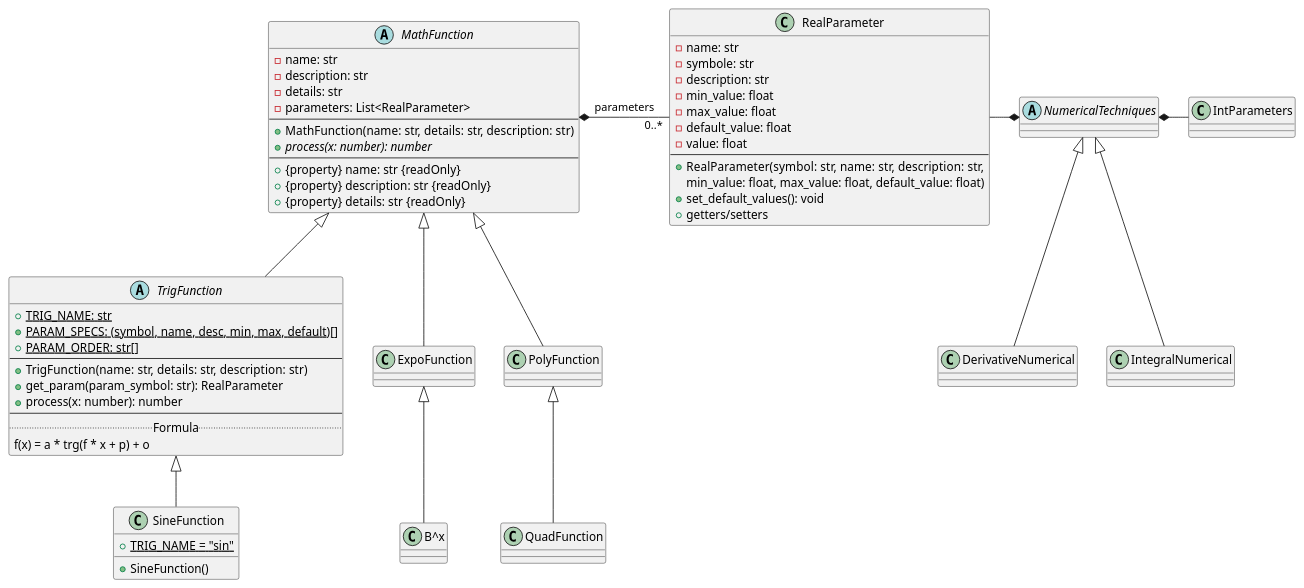
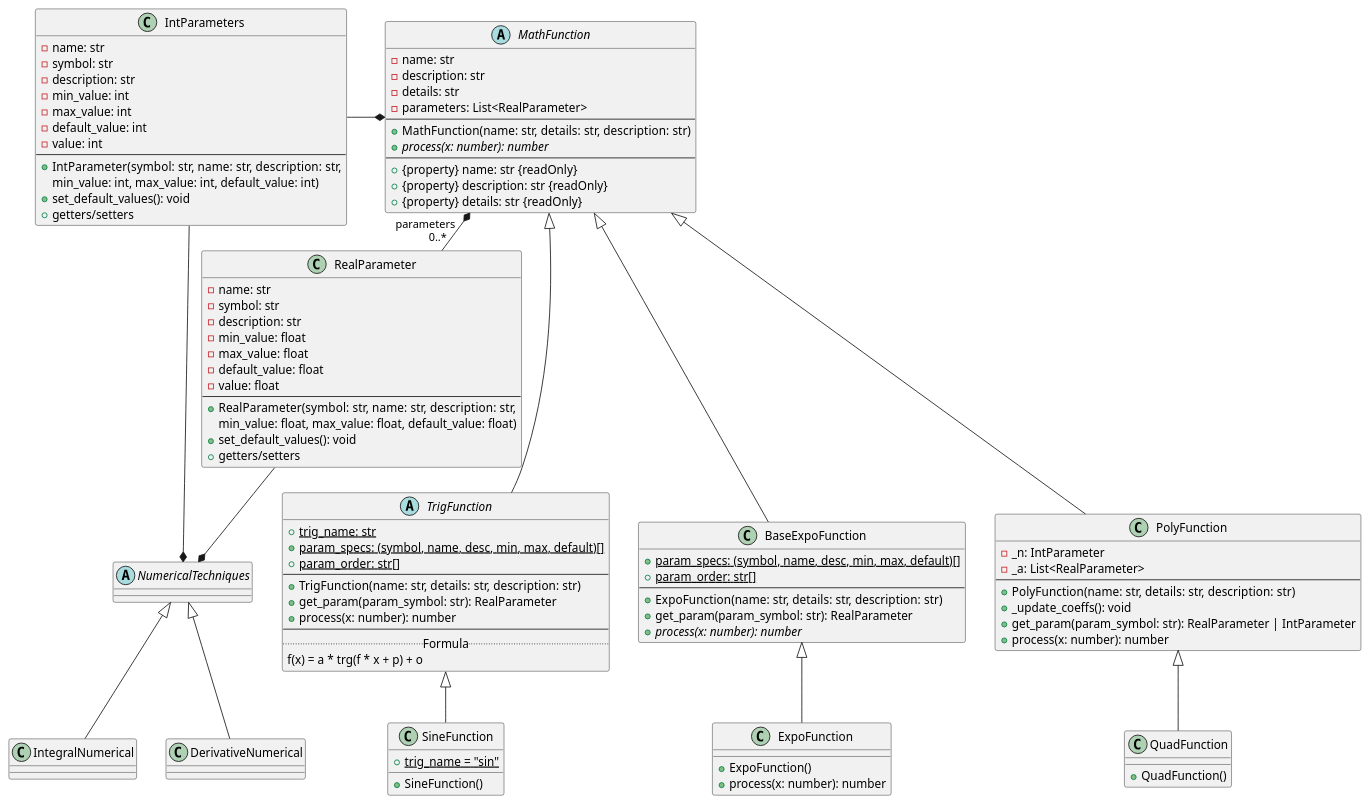
Before and after one commit to WassFlm/projet_kehlouch: the diagram in des/work/UML.puml, drawn with PlantUML. The commit also changed 2 other files, not shown here.

Commit message:
<span style=" font-weight:700;">Changé et rempli une bonne partie du UML</span> / <span style=" font-weight:700; color:#dcc9f6;">Mit les fcts abstraites dans un fichier </span><span style=" font-weight:700; color:#90caf9;">et les fcts concretes dans un autre fichier</span> / <span style=" font-weight:700;">J'ai tout mit un peu beau et tout</span> <span style=" color:#f27979;">(pas parfait)</span>

```diff
--- a/des/work/UML.puml
+++ b/des/work/UML.puml
@@ -1,95 +1,152 @@
 @startuml Projet 1 - UML (Updated)
 
 skinparam class AttributeIconSize 0
 
-' ========= CORE =========
 abstract class MathFunction {
   - name: str
   - description: str
   - details: str
   - parameters: List<RealParameter>
   --
   + MathFunction(name: str, details: str, description: str)
   {abstract} + process(x: number): number
   --
   + {property} name: str {readOnly}
   + {property} description: str {readOnly}
   + {property} details: str {readOnly}
 }
 
-' ========= TRIG FAMILY =========
+
+
 abstract class TrigFunction {
-  {static} + TRIG_NAME: str
-  {static} + PARAM_SPECS: (symbol, name, desc, min, max, default)[]
-  {static} + PARAM_ORDER: str[]
+  {static} + trig_name: str
+  {static} + param_specs: (symbol, name, desc, min, max, default)[]
+  {static} + param_order: str[]
   --
   + TrigFunction(name: str, details: str, description: str)
   + get_param(param_symbol: str): RealParameter
   + process(x: number): number
   --
   .. Formula ..
   f(x) = a * trg(f * x + p) + o
 }
 
 MathFunction <|-- TrigFunction
 
+
+
 class SineFunction {
-  {static} + TRIG_NAME = "sin"
+  {static} + trig_name = "sin"
   + SineFunction()
 }
 TrigFunction <|-- SineFunction
 
-' ========= PARAMETERS =========
+
+
+class BaseExpoFunction {
+  {static} + param_specs: (symbol, name, desc, min, max, default)[]
+  {static} + param_order: str[]
+  --
+  + ExpoFunction(name: str, details: str, description: str)
+  + get_param(param_symbol: str): RealParameter
+  {abstract} + process(x: number): number
+}
+MathFunction <|-- BaseExpoFunction
+
+
+
+class ExpoFunction {
+  + ExpoFunction()
+  + process(x: number): number
+}
+BaseExpoFunction <|-- ExpoFunction
+
+
+
+class PolyFunction {
+  - _n: IntParameter
+  - _a: List<RealParameter>
+  --
+  + PolyFunction(name: str, details: str, description: str)
+  + _update_coeffs(): void
+  + get_param(param_symbol: str): RealParameter | IntParameter
+  + process(x: number): number
+}
+MathFunction <|-- PolyFunction
+
+
+
+class QuadFunction {
+  + QuadFunction()
+}
+PolyFunction <|-- QuadFunction
+
+
+
 class RealParameter {
   - name: str
-  - symbole: str
+  - symbol: str
   - description: str
   - min_value: float
   - max_value: float
   - default_value: float
   - value: float
   --
   + RealParameter(symbol: str, name: str, description: str,
                   min_value: float, max_value: float, default_value: float)
   + set_default_values(): void
   + getters/setters
 }
-
 MathFunction *-right- "0..*" RealParameter : parameters
 
-' ========= NUMERICAL =========
+
+
+class IntParameters {
+  - name: str
+  - symbol: str
+  - description: str
+  - min_value: int
+  - max_value: int
+  - default_value: int
+  - value: int
+  --
+  + IntParameter(symbol: str, name: str, description: str,
+                 min_value: int, max_value: int, default_value: int)
+  + set_default_values(): void
+  + getters/setters
+}
+
+
+
 abstract class NumericalTechniques {
 }
+
+
 
 class IntegralNumerical {
 }
 NumericalTechniques <|-- IntegralNumerical
 
+
+
 class DerivativeNumerical {
 }
 NumericalTechniques <|-- DerivativeNumerical
+NumericalTechniques *-left- RealParameter
+MathFunction *-left- IntParameters
+NumericalTechniques *-- IntParameters
 
-NumericalTechniques *-left- RealParameter
-NumericalTechniques *-right- IntParameters
 
-class IntParameters {
-}
 
-' ========= OTHER FAMILIES =========
-class ExpoFunction {
-}
-MathFunction <|-- ExpoFunction
 
-class "B^x" {
-}
-ExpoFunction <|-- "B^x"
 
-class PolyFunction {
-}
-MathFunction <|-- PolyFunction
 
-class "QuadFunction" {
-}
-PolyFunction <|-- "QuadFunction"
+
+
+
+
+
+
+
 
 @enduml
```
